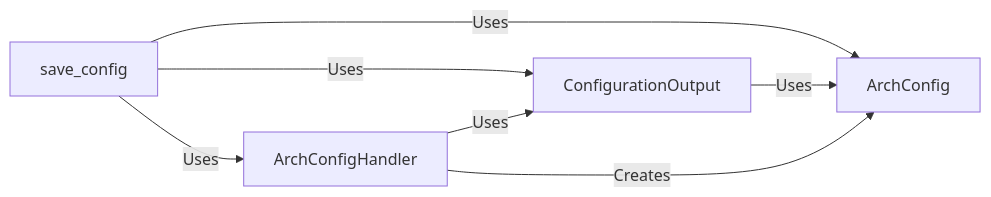
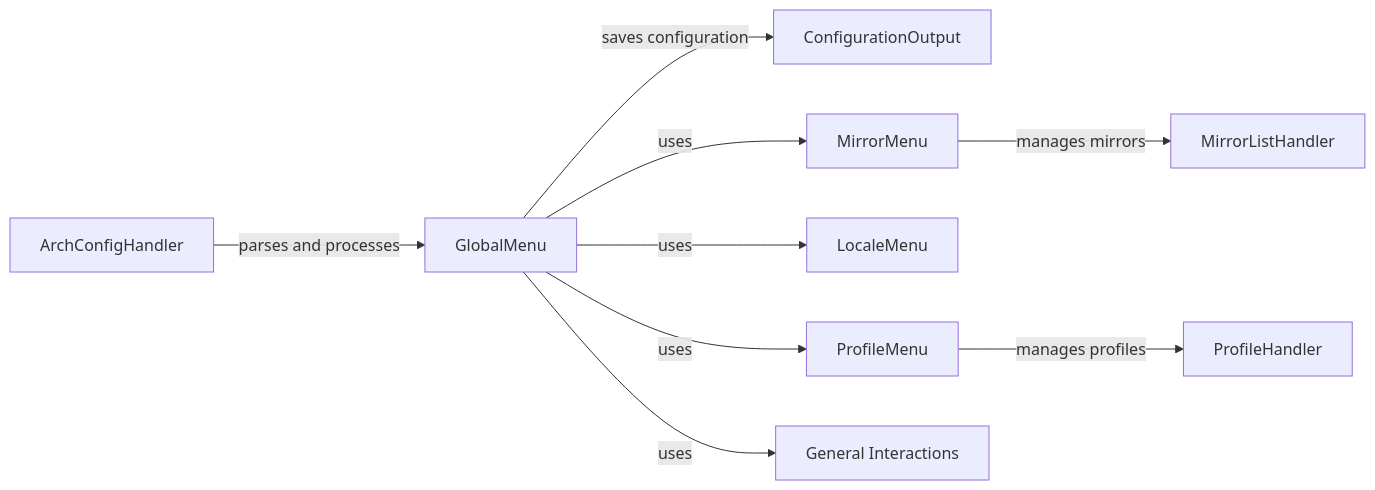
One commit to CodeBoarding/GeneratedOnBoardings changed the diagram in archinstall/Configuration Management.md. Above: the diagram before and after it, drawn with Mermaid. The commit also changed other lines of this file and 15 other files, not shown here.

````diff
--- a/archinstall/Configuration Management.md
+++ b/archinstall/Configuration Management.md
@@ -1,13 +1,20 @@
 ```mermaid
 graph LR
-    ArchConfig["ArchConfig"]
     ArchConfigHandler["ArchConfigHandler"]
+    GlobalMenu["GlobalMenu"]
     ConfigurationOutput["ConfigurationOutput"]
-    save_config["save_config"]
-    save_config -- "Uses" --> ArchConfig
-    ConfigurationOutput -- "Uses" --> ArchConfig
-    save_config -- "Uses" --> ConfigurationOutput
-    save_config -- "Uses" --> ArchConfigHandler
-    ArchConfigHandler -- "Uses" --> ConfigurationOutput
-    ArchConfigHandler -- "Creates" --> ArchConfig
+    MirrorMenu["MirrorMenu"]
+    MirrorListHandler["MirrorListHandler"]
+    LocaleMenu["LocaleMenu"]
+    ProfileMenu["ProfileMenu"]
+    ProfileHandler["ProfileHandler"]
+    General_Interactions["General Interactions"]
+    ArchConfigHandler -- "parses and processes" --> GlobalMenu
+    GlobalMenu -- "uses" --> MirrorMenu
+    GlobalMenu -- "uses" --> LocaleMenu
+    GlobalMenu -- "uses" --> ProfileMenu
+    GlobalMenu -- "uses" --> General_Interactions
+    MirrorMenu -- "manages mirrors" --> MirrorListHandler
+    ProfileMenu -- "manages profiles" --> ProfileHandler
+    GlobalMenu -- "saves configuration" --> ConfigurationOutput
 ```
````
